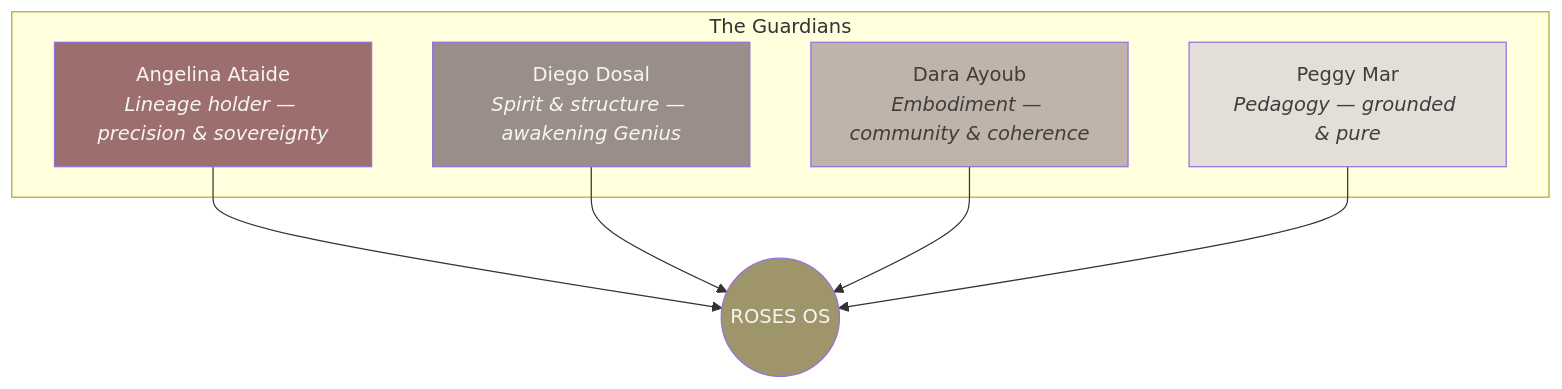
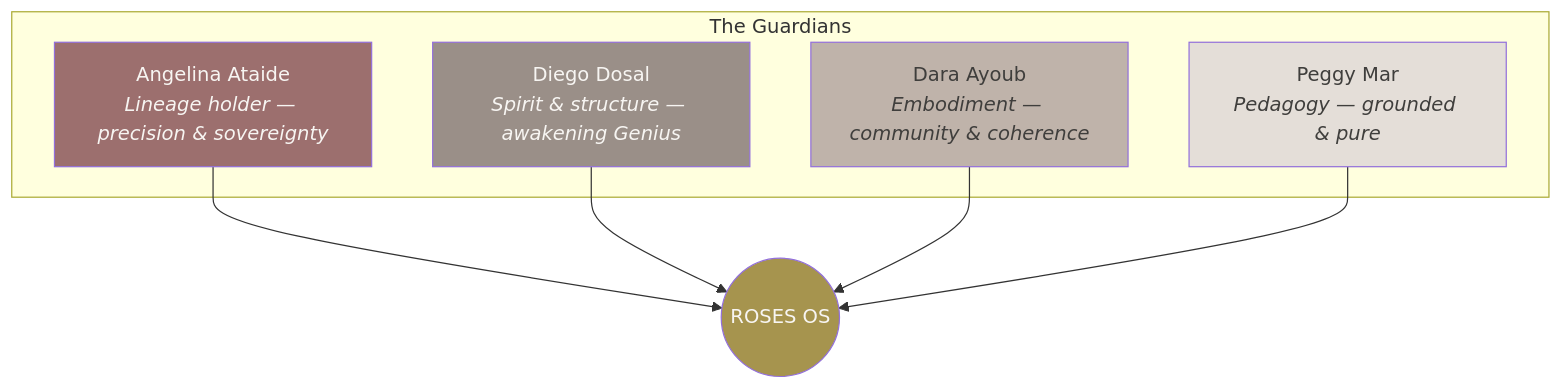
One commit to Light-Brands/roses-os changed diagram 20 of 28 in docs/brand-dna.md. Above: the diagram before and after it, drawn with Mermaid. The commit also changed other lines of this file and 1 other file, not shown here.

````diff
--- a/docs/brand-dna.md
+++ b/docs/brand-dna.md
@@ -1090,20 +1090,20 @@
 ```mermaid
 graph TD
     subgraph GUARDIANS["The Guardians"]
         AA["Angelina Ataide<br/><i>Lineage holder — precision & sovereignty</i>"]
         DD["Diego Dosal<br/><i>Spirit & structure — awakening Genius</i>"]
         DA["Dara Ayoub<br/><i>Embodiment — community & coherence</i>"]
         PM["Peggy Mar<br/><i>Pedagogy — grounded & pure</i>"]
     end
 
     AA --> ROS((ROSES OS))
     DD --> ROS
     DA --> ROS
     PM --> ROS
 
     style AA fill:#9C6F6E,color:#F7F5F2
     style DD fill:#9A8F88,color:#F7F5F2
     style DA fill:#BFB3AA,color:#3F3E3C
     style PM fill:#E4DED8,color:#3F3E3C
-    style ROS fill:#9E956B,color:#F7F5F2
+    style ROS fill:#A6944E,color:#F7F5F2
 ```
````
